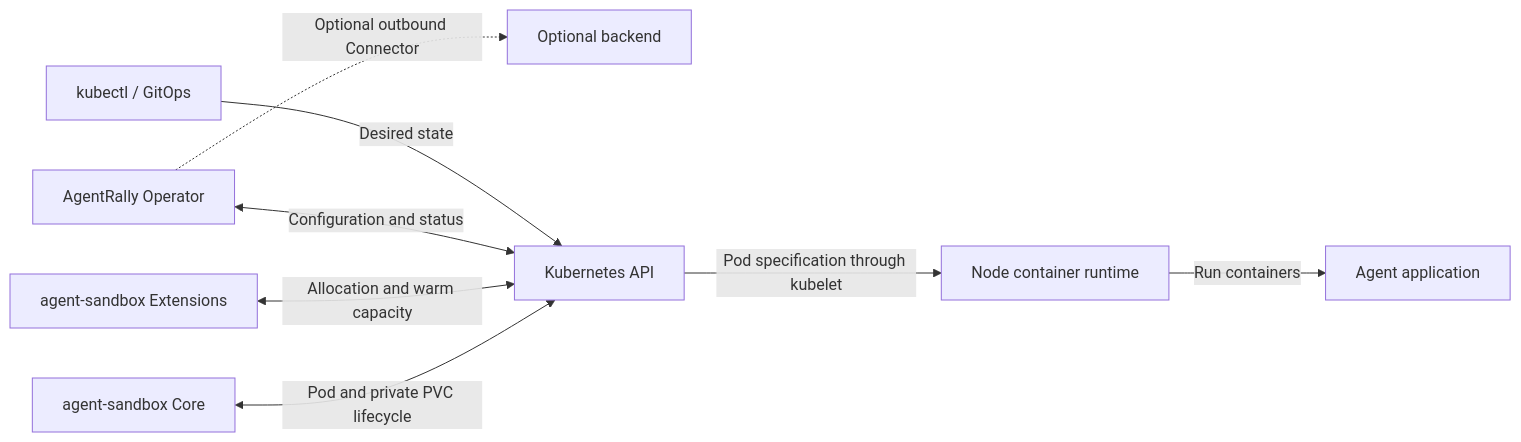
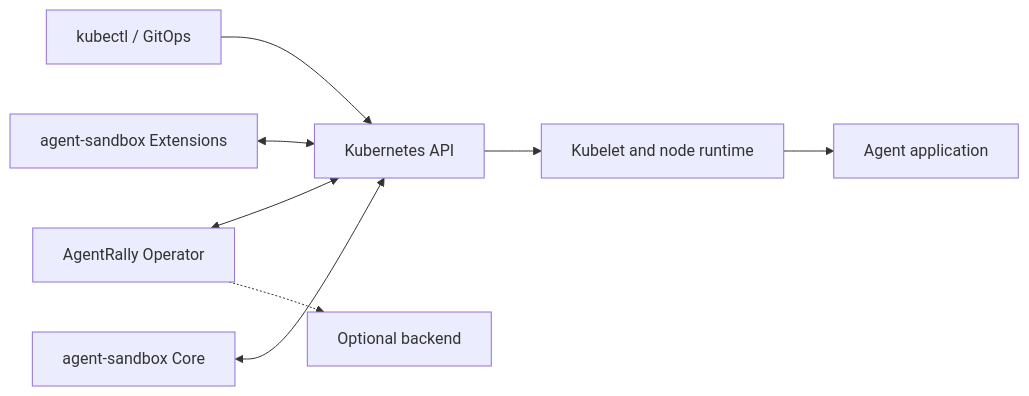
Before and after one commit to chizhang21/agentrally-operator: the first of 2 diagrams in docs/architecture.md, drawn with Mermaid. The commit also changed other lines of this file and 69 other files, not shown here.

````diff
--- a/docs/architecture.md
+++ b/docs/architecture.md
@@ -36,18 +22,10 @@
 ```mermaid
 flowchart LR
-    U["kubectl / GitOps"]
-    B["Optional backend"]
-    O["AgentRally Operator"]
-    K["Kubernetes API"]
-    E["agent-sandbox Extensions"]
-    C["agent-sandbox Core"]
-    N["Node container runtime"]
-    A["Agent application"]
-    U -->|"Desired state"| K
-    O <-->|"Configuration and status"| K
-    O -.->|"Optional outbound Connector"| B
-    E <-->|"Allocation and warm capacity"| K
-    C <-->|"Pod and private PVC lifecycle"| K
-    K -->|"Pod specification through kubelet"| N
-    N -->|"Run containers"| A
+    U["kubectl / GitOps"] --> K["Kubernetes API"]
+    O["AgentRally Operator"] <--> K
+    O -.-> B["Optional backend"]
+    E["agent-sandbox Extensions"] <--> K
+    C["agent-sandbox Core"] <--> K
+    K --> N["Kubelet and node runtime"]
+    N --> A["Agent application"]
 ```
````
